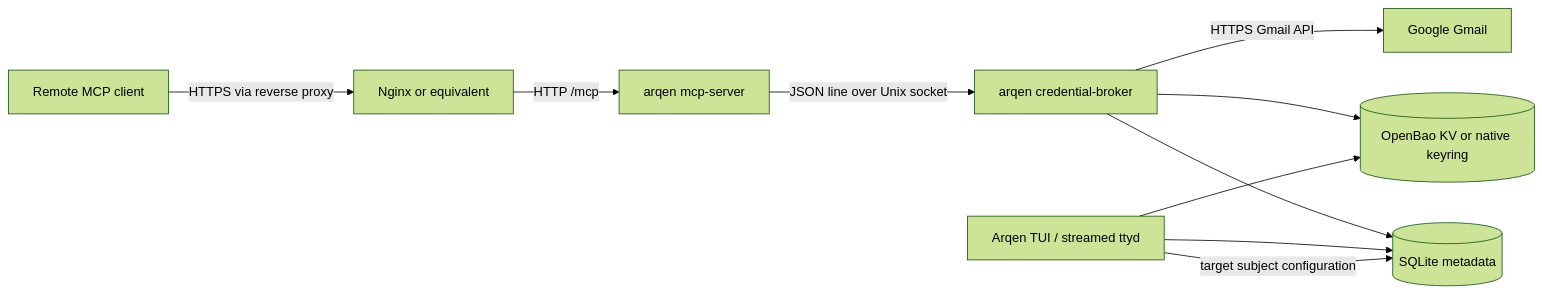
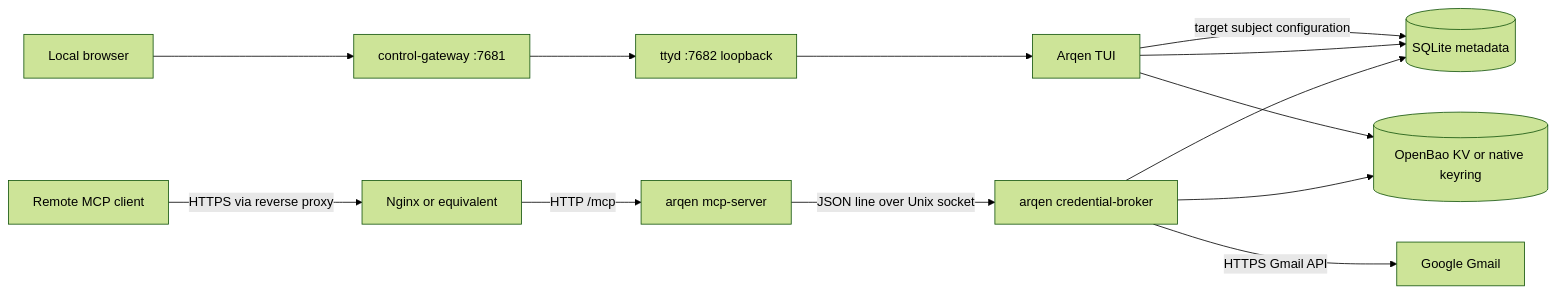
The diagram in docs/architecture/overview.md (Operator-Syn/arqen), drawn with Mermaid (forest theme) before and after one commit. The commit also changed other lines of this file, not shown here.

Commit message:
Document the control gateway architecture.

````diff
--- a/docs/architecture/overview.md
+++ b/docs/architecture/overview.md
@@ -14,12 +14,15 @@
 ```mermaid
 flowchart LR
     client[Remote MCP client] -->|HTTPS via reverse proxy| edge[Nginx or equivalent]
     edge -->|HTTP /mcp| server[arqen mcp-server]
     server -->|JSON line over Unix socket| broker[arqen credential-broker]
     broker --> db[(SQLite metadata)]
     broker --> store[(OpenBao KV or native keyring)]
     broker -->|HTTPS Gmail API| gmail[Google Gmail]
-    tui[Arqen TUI / streamed ttyd] --> db
+    browser[Local browser] --> gateway[control-gateway :7681]
+    gateway --> ttyd[ttyd :7682 loopback]
+    ttyd --> tui[Arqen TUI]
+    tui --> db
     tui --> store
     tui -->|target subject configuration| db
 ```
````
